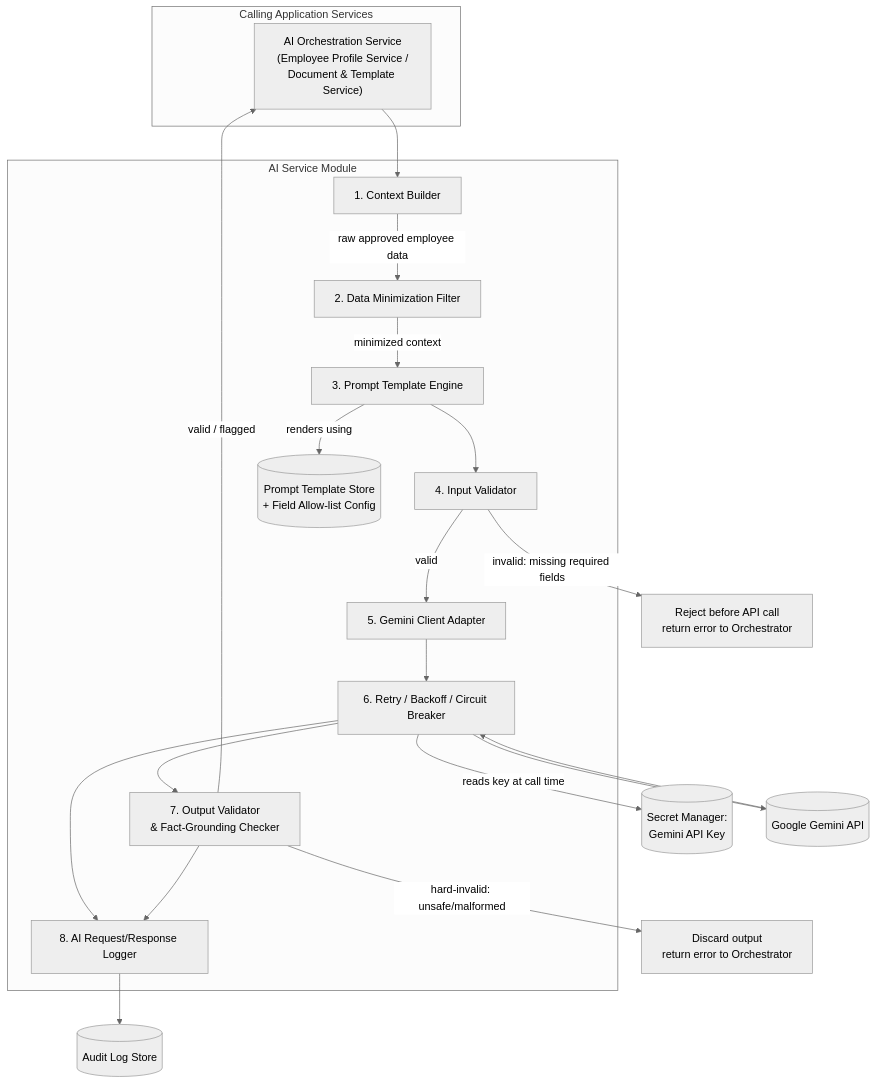
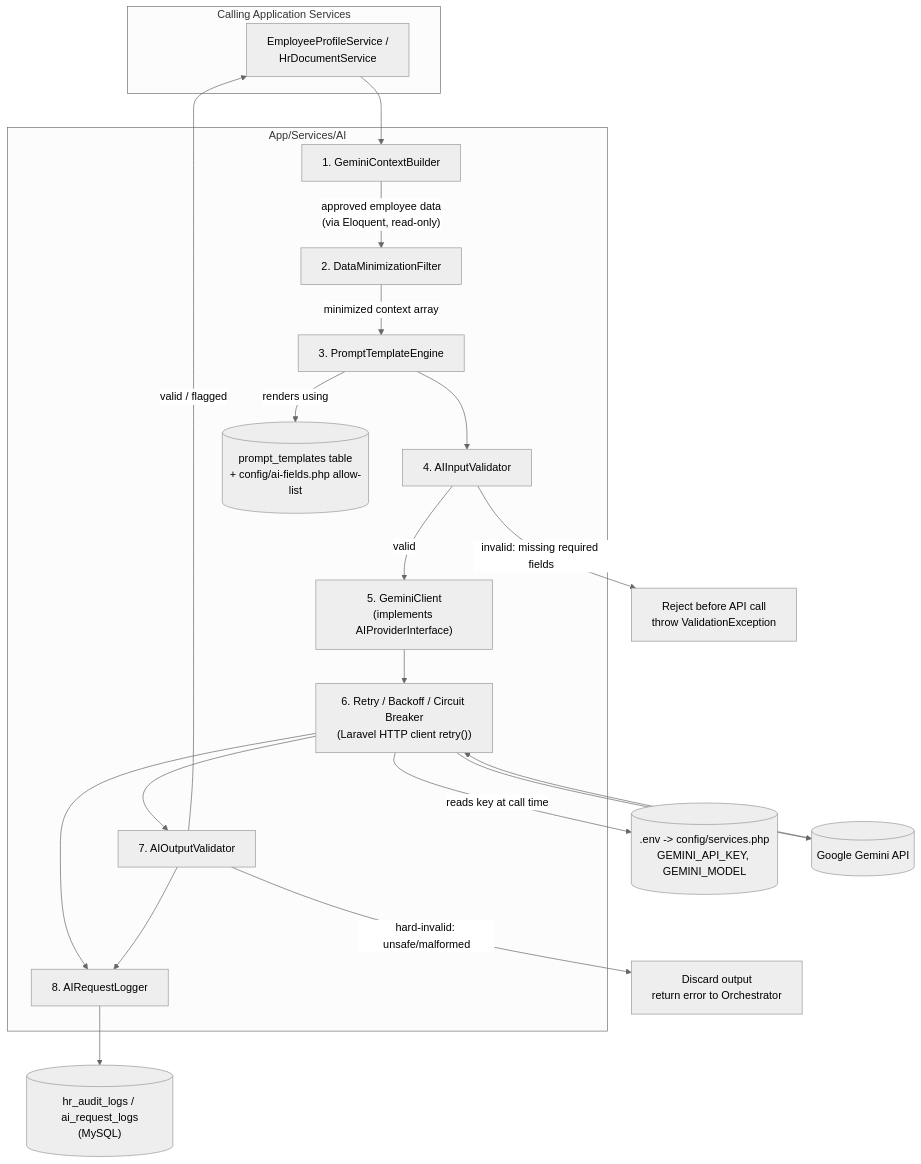
One commit to superrjay/superrjay changed the first of 5 diagrams in docs/ai-architecture.md. Above: the diagram before and after it, drawn with Mermaid (neutral theme). The commit also changed other lines of this file and 6 other files, not shown here.

````diff
--- a/docs/ai-architecture.md
+++ b/docs/ai-architecture.md
@@ -42,40 +48,40 @@
 ```mermaid
 flowchart TB
     subgraph Caller["Calling Application Services"]
-        Orchestrator["AI Orchestration Service\n(Employee Profile Service /\nDocument & Template Service)"]
+        Orchestrator["EmployeeProfileService /\nHrDocumentService"]
     end
 
-    subgraph AIModule["AI Service Module"]
-        CB[1. Context Builder]
-        DM[2. Data Minimization Filter]
-        PT[3. Prompt Template Engine]
-        IV[4. Input Validator]
-        GC[5. Gemini Client Adapter]
-        RT[6. Retry / Backoff / Circuit Breaker]
-        OV[7. Output Validator\n& Fact-Grounding Checker]
-        LOG[8. AI Request/Response Logger]
-        CFG[(Prompt Template Store\n+ Field Allow-list Config)]
+    subgraph AIModule["App/Services/AI"]
+        CB["1. GeminiContextBuilder"]
+        DM["2. DataMinimizationFilter"]
+        PT["3. PromptTemplateEngine"]
+        IV["4. AIInputValidator"]
+        GC["5. GeminiClient\n(implements AIProviderInterface)"]
+        RT["6. Retry / Backoff / Circuit Breaker\n(Laravel HTTP client retry())"]
+        OV["7. AIOutputValidator"]
+        LOG["8. AIRequestLogger"]
+        CFG[("prompt_templates table\n+ config/ai-fields.php allow-list")]
     end
 
-    Secret[(Secret Manager:\nGemini API Key)]
-    Gemini[(Google Gemini API)]
-    AuditStore[(Audit Log Store)]
+    Env[(".env -> config/services.php\nGEMINI_API_KEY, GEMINI_MODEL")]
+    Gemini[("Google Gemini API")]
+    AuditDB[("hr_audit_logs / ai_request_logs\n(MySQL)")]
 
     Orchestrator --> CB
-    CB -->|raw approved employee data| DM
-    DM -->|minimized context| PT
+    CB -->|"approved employee data\n(via Eloquent, read-only)"| DM
+    DM -->|minimized context array| PT
     PT -->|renders using| CFG
     PT --> IV
     IV -->|valid| GC
-    IV -->|invalid: missing required fields| Reject1[Reject before API call\nreturn error to Orchestrator]
+    IV -->|invalid: missing required fields| Reject1["Reject before API call\nthrow ValidationException"]
     GC --> RT
-    RT -->|reads key at call time| Secret
+    RT -->|reads key at call time| Env
     RT --> Gemini
     Gemini --> RT
     RT --> OV
     OV -->|valid / flagged| Orchestrator
-    OV -->|hard-invalid: unsafe/malformed| Reject2[Discard output\nreturn error to Orchestrator]
+    OV -->|hard-invalid: unsafe/malformed| Reject2["Discard output\nreturn error to Orchestrator"]
     RT --> LOG
     OV --> LOG
-    LOG --> AuditStore
+    LOG --> AuditDB
 ```
````
